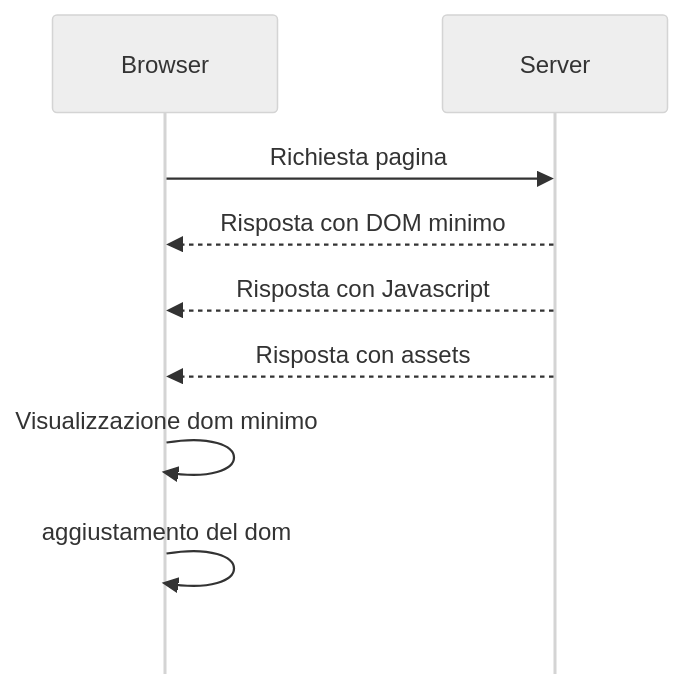
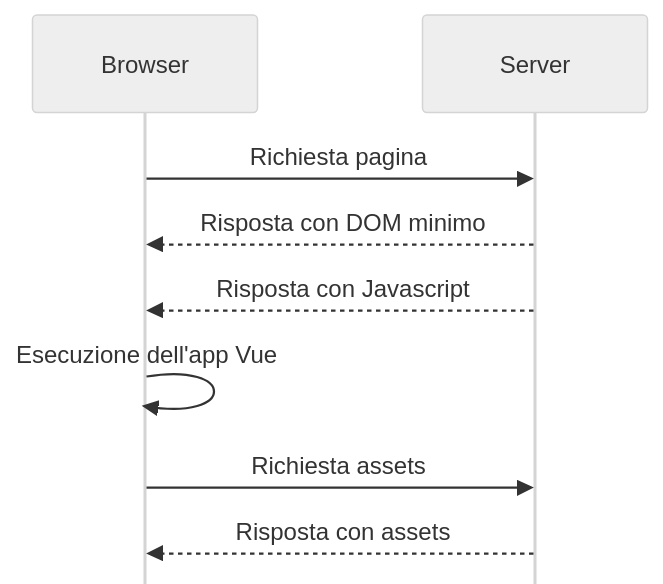
One commit to iacobucci/tesi-triennale changed the second of 3 diagrams in 2-descrizione_delle_tecnologie.md. Above: the diagram before and after it, drawn with Mermaid. The commit also changed other lines of this file and 4 other files, not shown here.

Commit message:
modified:   1-linee_evolutive.md 	modified:   2-descrizione_delle_tecnologie.md 	modified:   4-bibliografia.md 	modified:   filters/mermaid.py 	modified:   tesi-iacobucci_valerio-0000976541.pdf

````diff
--- a/2-descrizione_delle_tecnologie.md
+++ b/2-descrizione_delle_tecnologie.md
@@ -112,12 +143,12 @@
-```mermaid {height=4cm}
+```mermaid {align=l width=5cm}
 %%{init: {'theme': 'neutral', 'mirrorActors': false} }%%
 sequenceDiagram
     participant Browser
     participant Server
     Browser->>Server: Richiesta pagina
     Server-->>Browser: Risposta con DOM minimo
     Server-->>Browser: Risposta con Javascript
+    Browser->>Browser: Esecuzione dell'app Vue
+    Browser->>Server: Richiesta assets
     Server-->>Browser: Risposta con assets
-    Browser->>Browser: Visualizzazione dom minimo
-    Browser->>Browser: aggiustamento del dom
 ```  
````
